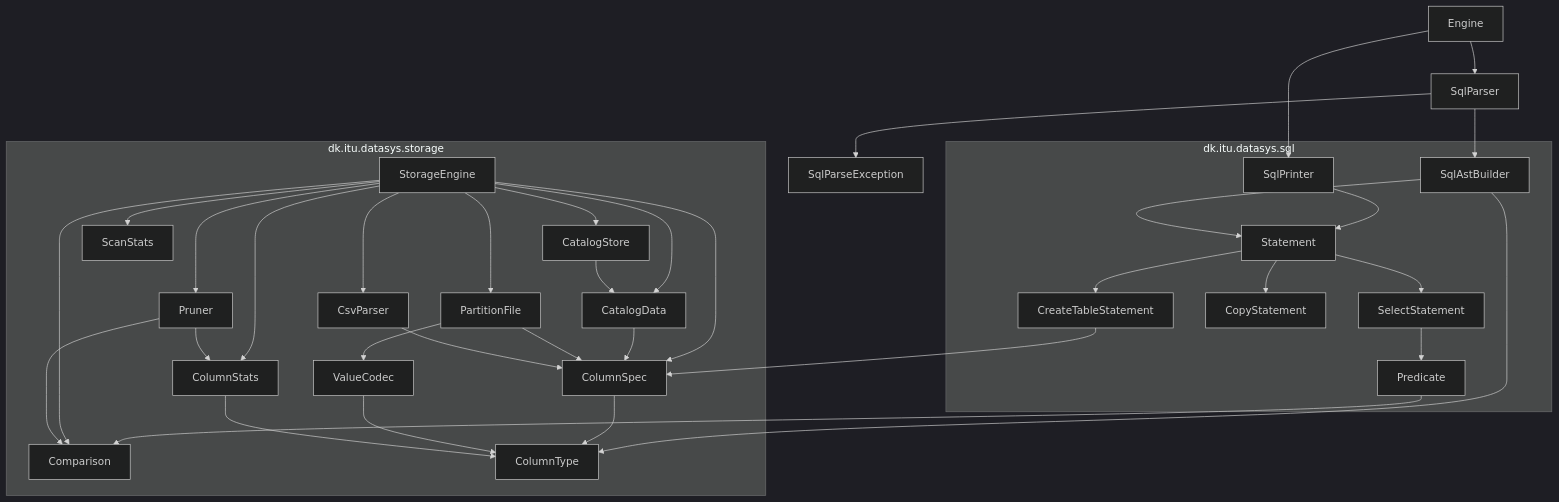
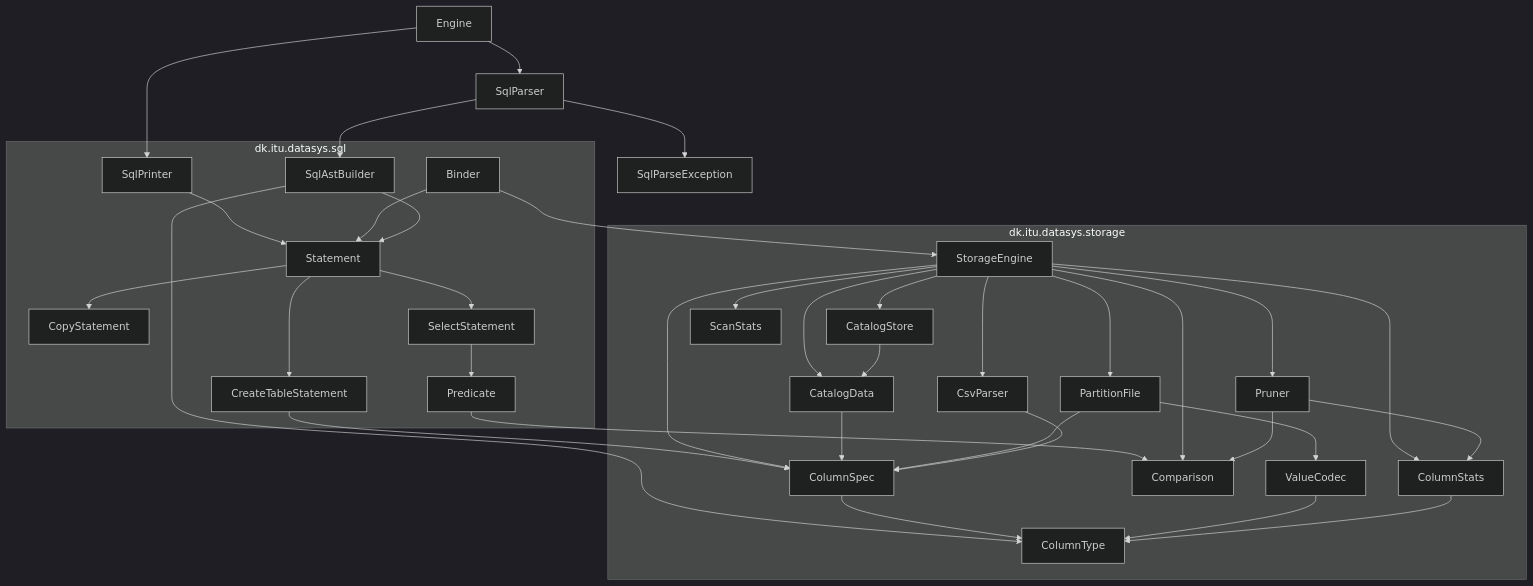
Before and after one commit to julianefalsig/datasys-engine-TheQueryCrew: the diagram in README.md, drawn with Mermaid (dark theme). The commit also changed other lines of this file and 1 other file, not shown here.

Commit message:
3.7: Required Tests JUnit6 (#29)
* Add unit tests as specified in the task description

* Update the README

* add additional comment to clarify the parametrised test

* Update the README for the binder - the integration test was already covered in the implementation branch of the Binder

````diff
--- a/README.md
+++ b/README.md
@@ -62,61 +65,64 @@
 ```mermaid
 flowchart TD
   Engine
   SqlParser
   SqlParseException
   subgraph sqlPkg ["dk.itu.datasys.sql"]
     SqlAstBuilder
     SqlPrinter
+    Binder
     Statement
     CreateTableStatement
     CopyStatement
     SelectStatement
     Predicate
   end
   subgraph storagePkg ["dk.itu.datasys.storage"]
     StorageEngine
     CatalogStore
     CatalogData
     PartitionFile
     CsvParser
     Pruner
     ColumnStats
     ColumnSpec
     Comparison
     ScanStats
     ValueCodec
     ColumnType
   end
   Engine --> SqlParser
   Engine --> SqlPrinter
   SqlParser --> SqlAstBuilder
   SqlPrinter --> Statement
+  Binder --> Statement
+  Binder --> StorageEngine
   SqlParser --> SqlParseException
   SqlAstBuilder --> Statement
   Statement --> CreateTableStatement
   Statement --> CopyStatement
   Statement --> SelectStatement
   CreateTableStatement --> ColumnSpec
   SelectStatement --> Predicate
   Predicate --> Comparison
   SqlAstBuilder --> ColumnType
   StorageEngine --> CatalogStore
   StorageEngine --> CatalogData
   StorageEngine --> PartitionFile
   StorageEngine --> CsvParser
   StorageEngine --> Pruner
   StorageEngine --> ColumnStats
   StorageEngine --> ColumnSpec
   StorageEngine --> Comparison
   StorageEngine --> ScanStats
   CatalogStore --> CatalogData
   CatalogData --> ColumnSpec
   PartitionFile --> ValueCodec
   PartitionFile --> ColumnSpec
   CsvParser --> ColumnSpec
   Pruner --> ColumnStats
   Pruner --> Comparison
   ColumnSpec --> ColumnType
   ValueCodec --> ColumnType
   ColumnStats --> ColumnType
 ```
````
